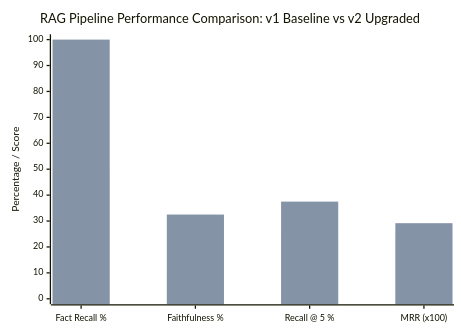
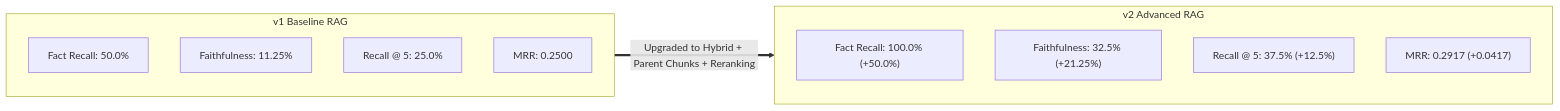
The fourth of 5 diagrams in README.md (Nibirdeka7/Saar), drawn with Mermaid before and after one commit. The commit also changed other lines of this file, not shown here.

Commit message:
readme diagram renderring issue fixed

````diff
--- a/README.md
+++ b/README.md
@@ -175,8 +175,16 @@
 ```mermaid
-xychart-beta
-    title "RAG Pipeline Performance Comparison: v1 Baseline vs v2 Upgraded"
-    x-axis ["Fact Recall %", "Faithfulness %", "Recall @ 5 %", "MRR (x100)"]
-    y-axis "Percentage / Score" 0 --> 100
-    bar [50.0, 11.25, 25.0, 25.0]
-    bar [100.0, 32.5, 37.5, 29.17]
+flowchart LR
+    subgraph Baseline["v1 Baseline RAG"]
+        B1["Fact Recall: 50.0%"]
+        B2["Faithfulness: 11.25%"]
+        B3["Recall @ 5: 25.0%"]
+        B4["MRR: 0.2500"]
+    end
+    subgraph Upgraded["v2 Advanced RAG"]
+        U1["Fact Recall: 100.0% (+50.0%)"]
+        U2["Faithfulness: 32.5% (+21.25%)"]
+        U3["Recall @ 5: 37.5% (+12.5%)"]
+        U4["MRR: 0.2917 (+0.0417)"]
+    end
+    Baseline ==>|"Upgraded to Hybrid + Parent Chunks + Reranking"| Upgraded
 ```
````
